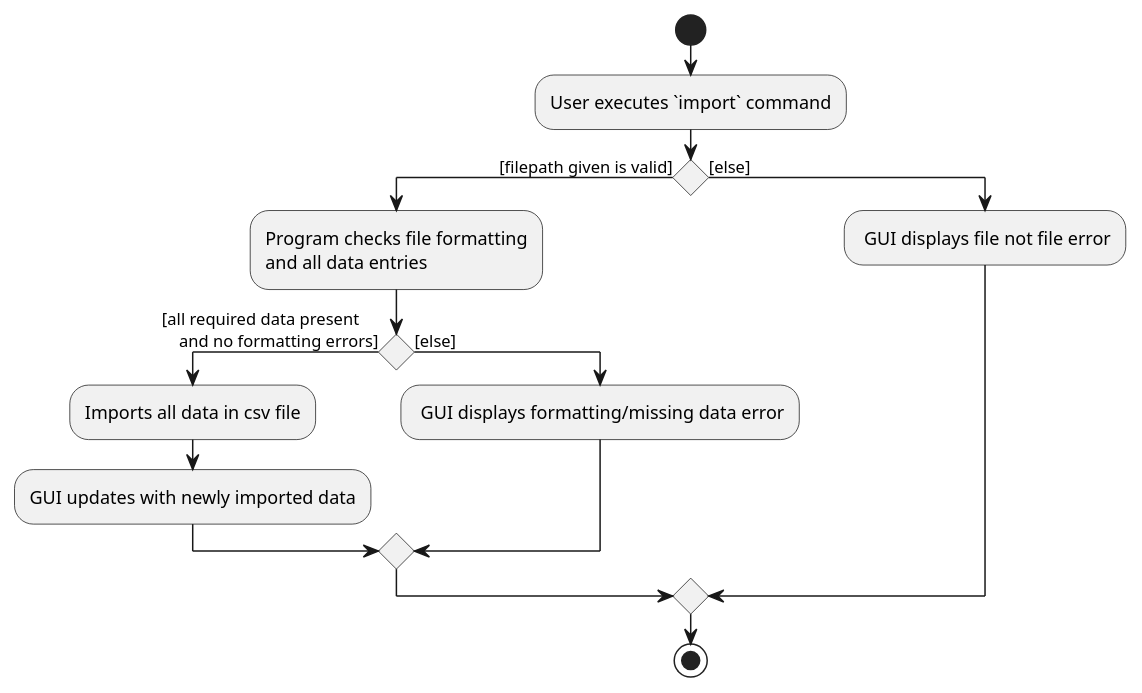
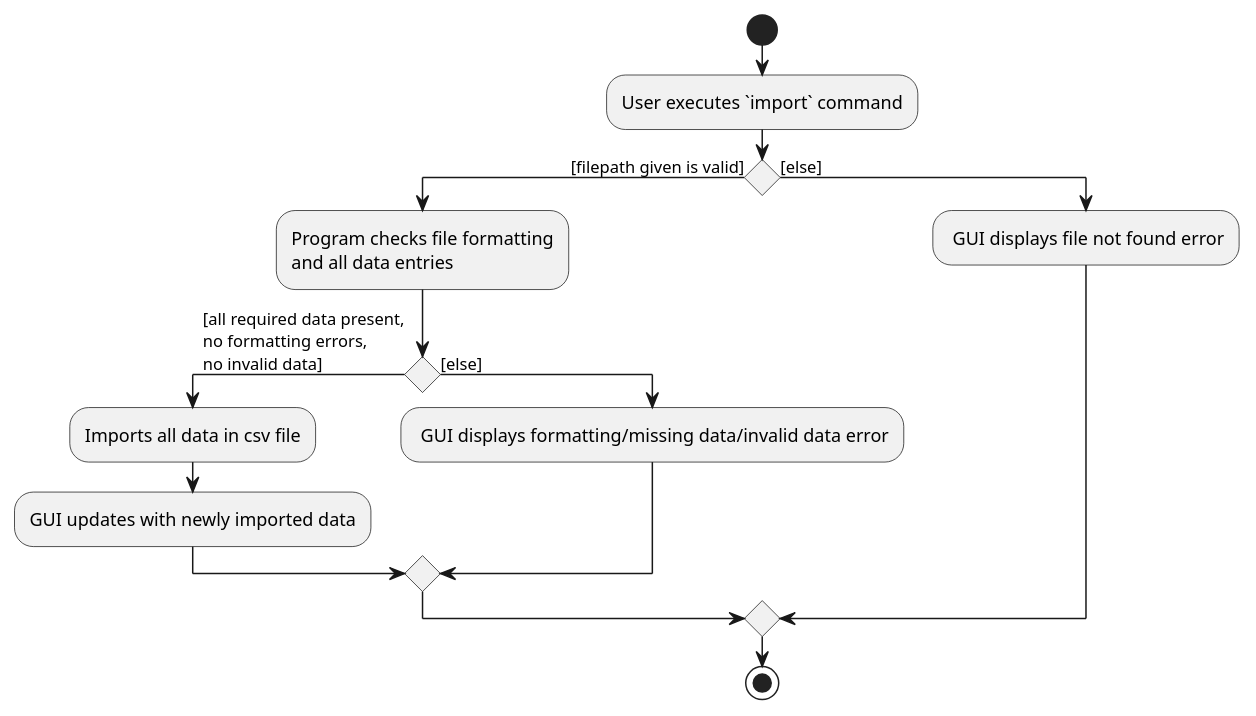
Before and after one commit to szelongq/tp: the diagram in docs/diagrams/ImportActivityDiagram.puml, drawn with PlantUML. The commit also changed 5 other files, not shown here.

```diff
--- a/docs/diagrams/ImportActivityDiagram.puml
+++ b/docs/diagrams/ImportActivityDiagram.puml
@@ -1,22 +1,23 @@
 @startuml
 start
 :User executes `import` command;
 
 'Since the beta syntax does not support placing the condition outside the
 'diamond we place it as the true branch instead.
 
 if () then ([filepath given is valid])
     :Program checks file formatting
     and all data entries;
-if() then ([all required data present
-    and no formatting errors])
+if() then ([all required data present,
+no formatting errors,
+no invalid data])
     :Imports all data in csv file;
     :GUI updates with newly imported data;
 else ([else])
-    : GUI displays formatting/missing data error;
+    : GUI displays formatting/missing data/invalid data error;
 endif
 else ([else])
-    : GUI displays file not file error;
+    : GUI displays file not found error;
 endif
 stop
 @enduml
```
